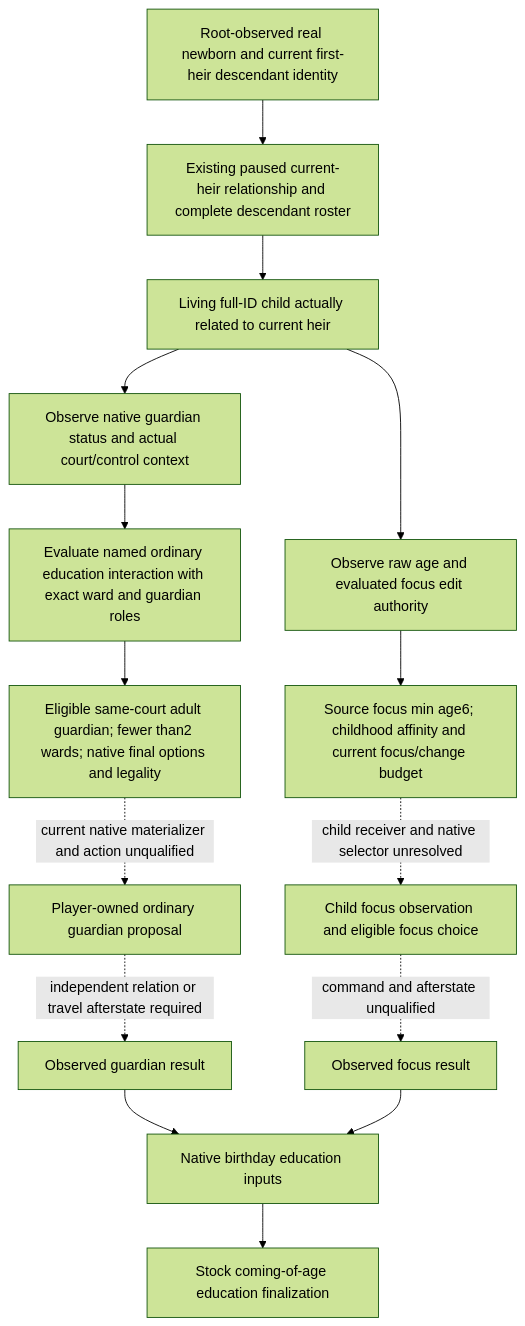
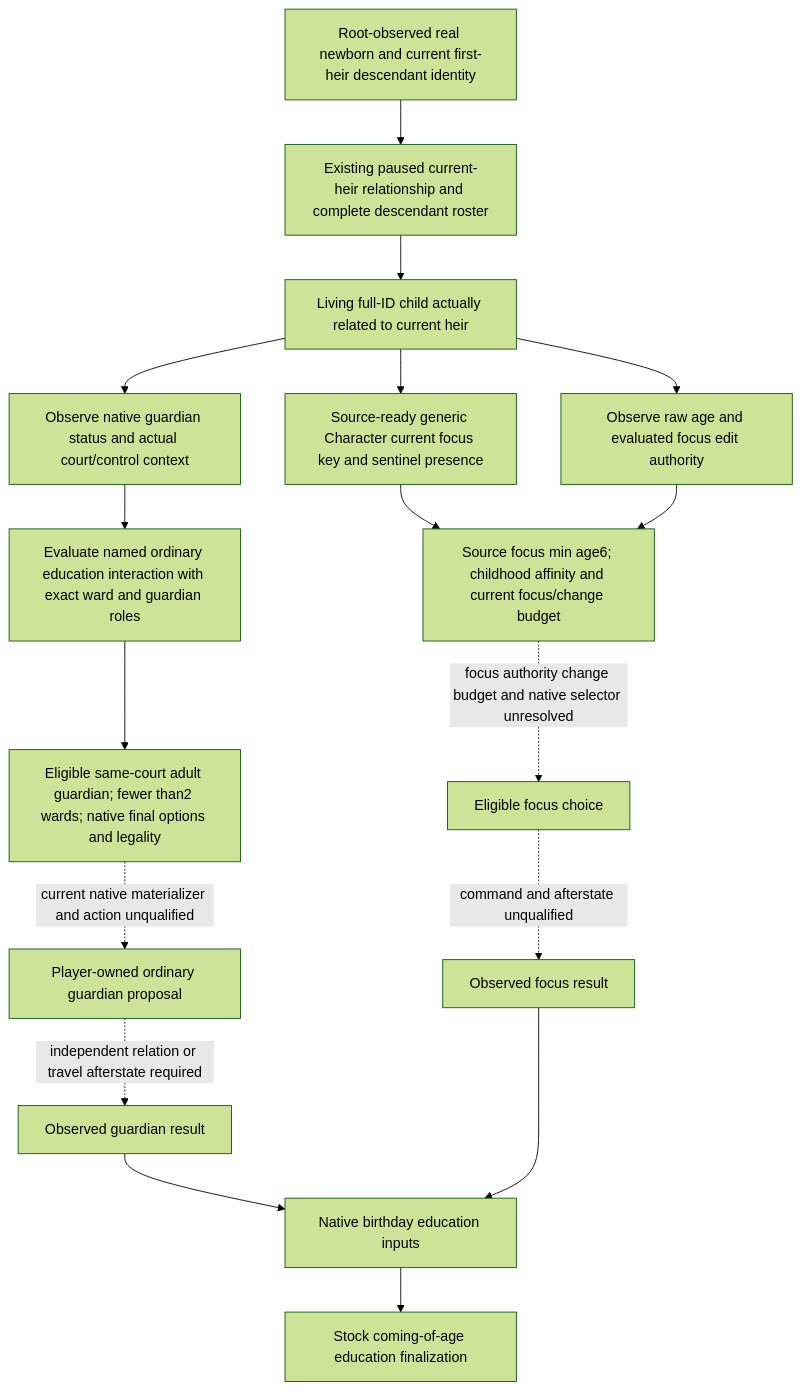
One commit to XenoAmess/ck3_eternal_recurrence changed the diagram in docs/ck3-native-ai/education-and-guardians-12004.md. Above: the diagram before and after it, drawn with Mermaid (forest theme). The commit also changed other lines of this file and 6 other files, not shown here.

Commit message:
Observe_current_child_focus_through_the_existing_private_query

````diff
--- a/docs/ck3-native-ai/education-and-guardians-12004.md
+++ b/docs/ck3-native-ai/education-and-guardians-12004.md
@@ -39,17 +40,19 @@
 ```mermaid
 flowchart TD
   B[Root-observed real newborn and current first-heir descendant identity] --> D[Existing paused current-heir relationship and complete descendant roster]
   D --> C[Living full-ID child actually related to current heir]
   C --> G[Observe native guardian status and actual court/control context]
   G --> Q[Evaluate named ordinary education interaction with exact ward and guardian roles]
   Q --> E[Eligible same-court adult guardian; fewer than2 wards; native final options and legality]
   E -. current native materializer and action unqualified .-> A[Player-owned ordinary guardian proposal]
   A -. independent relation or travel afterstate required .-> R[Observed guardian result]
   C --> AGE[Observe raw age and evaluated focus edit authority]
+  C --> CF[Source-ready generic Character current focus key and sentinel presence]
+  CF --> F
   AGE --> F[Source focus min age6; childhood affinity and current focus/change budget]
-  F -. child receiver and native selector unresolved .-> X[Child focus observation and eligible focus choice]
+  F -. focus authority change budget and native selector unresolved .-> X[Eligible focus choice]
   X -. command and afterstate unqualified .-> O[Observed focus result]
   R --> P[Native birthday education inputs]
   O --> P
   P --> M[Stock coming-of-age education finalization]
 ```
````
